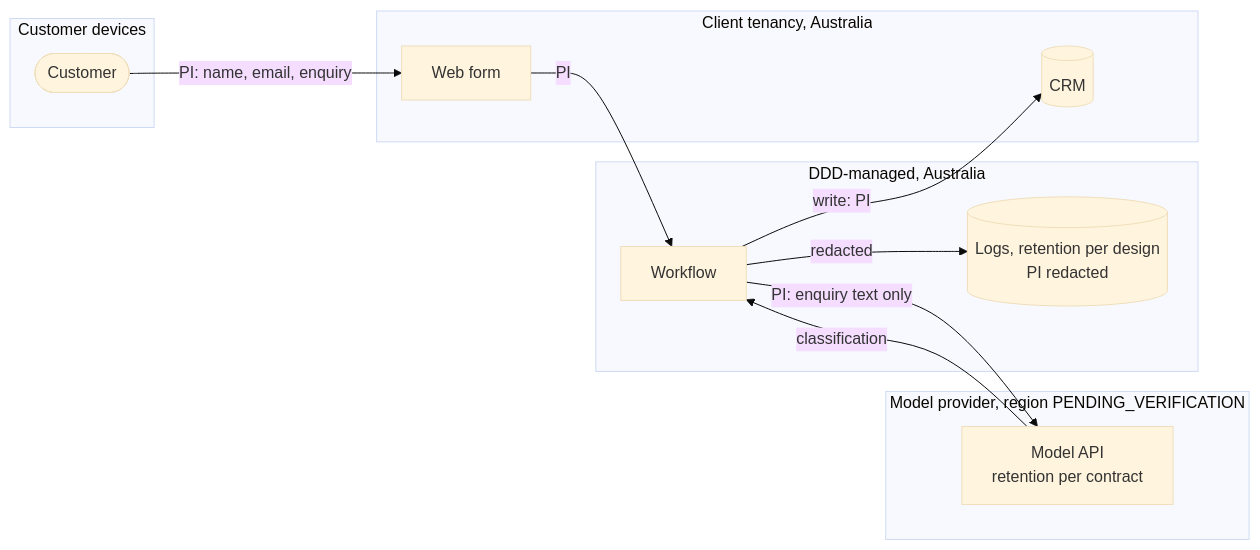
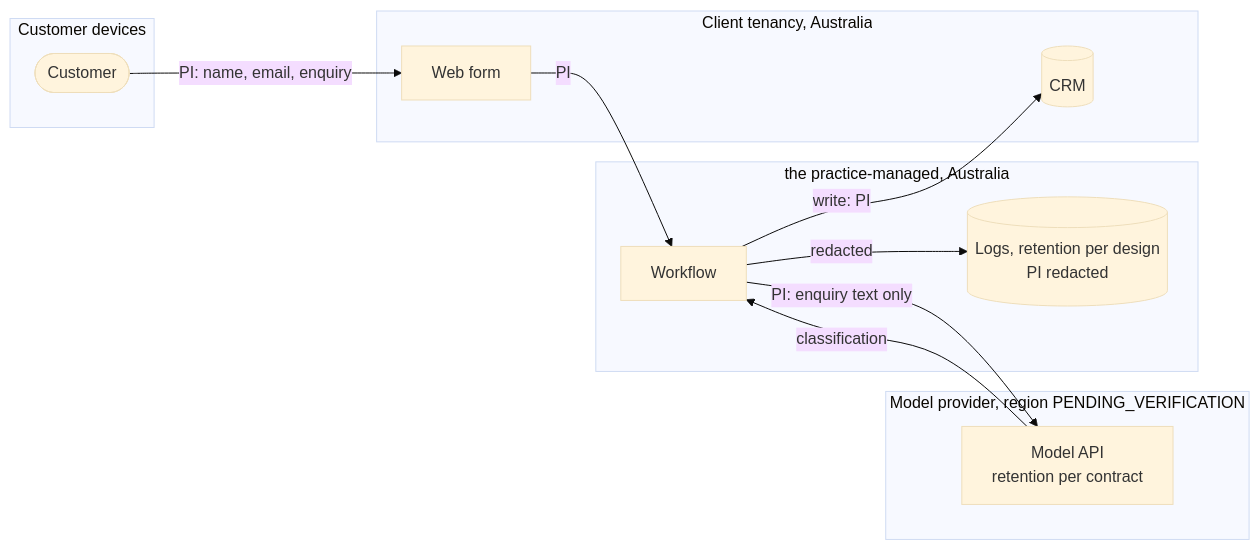
One commit to avionad/ai-engineering-department changed the third of 4 diagrams in .claude/skills/ai-solution-architecture/references/architecture-views.md. Above: the diagram before and after it, drawn with Mermaid (base theme). The commit also changed other lines of this file and 154 other files, not shown here.

````diff
--- a/.claude/skills/ai-solution-architecture/references/architecture-views.md
+++ b/.claude/skills/ai-solution-architecture/references/architecture-views.md
@@ -67,23 +67,23 @@
 ```mermaid
 flowchart LR
   subgraph CD ["Customer devices"]
     C([Customer])
   end
   subgraph CT ["Client tenancy, Australia"]
     F[Web form]
     CRM[(CRM)]
   end
-  subgraph DM ["DDD-managed, Australia"]
+  subgraph DM ["the practice-managed, Australia"]
     W[Workflow]
     LG[("Logs, retention per design<br/>PI redacted")]
   end
   subgraph MP ["Model provider, region PENDING_VERIFICATION"]
     M["Model API<br/>retention per contract"]
   end
   C -->|PI: name, email, enquiry| F
   F -->|PI| W
   W -->|PI: enquiry text only| M
   M -->|classification| W
   W -->|write: PI| CRM
   W -->|redacted| LG
 ```
````
